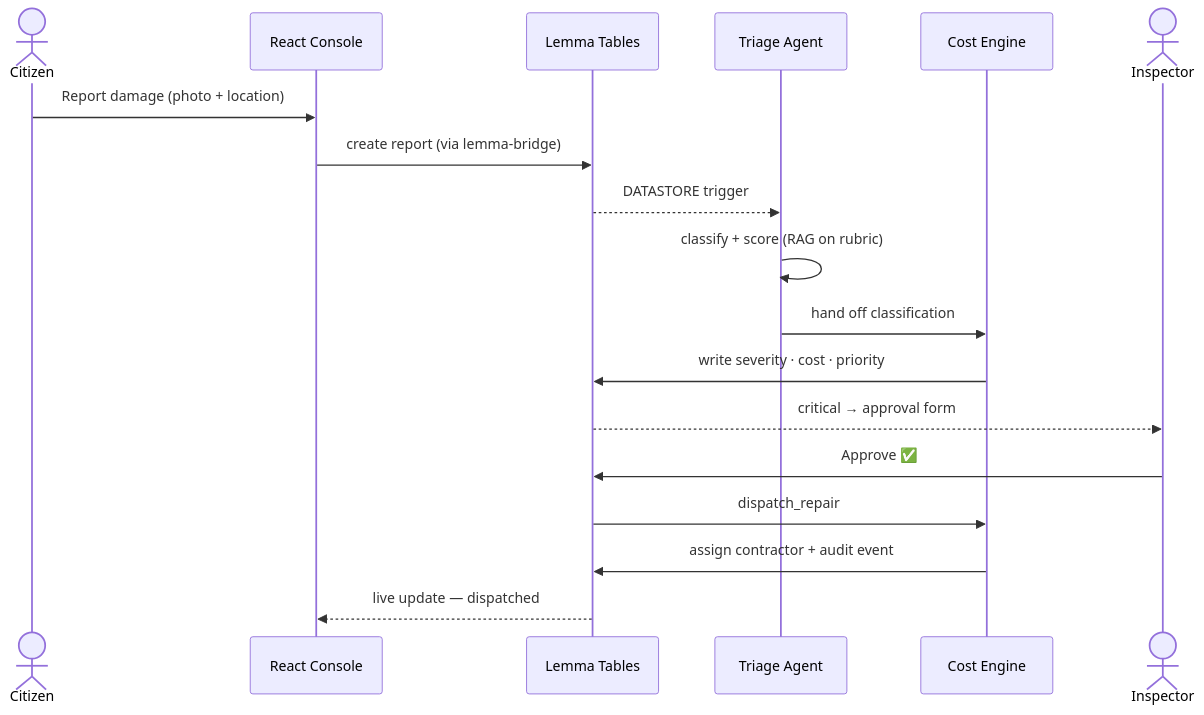
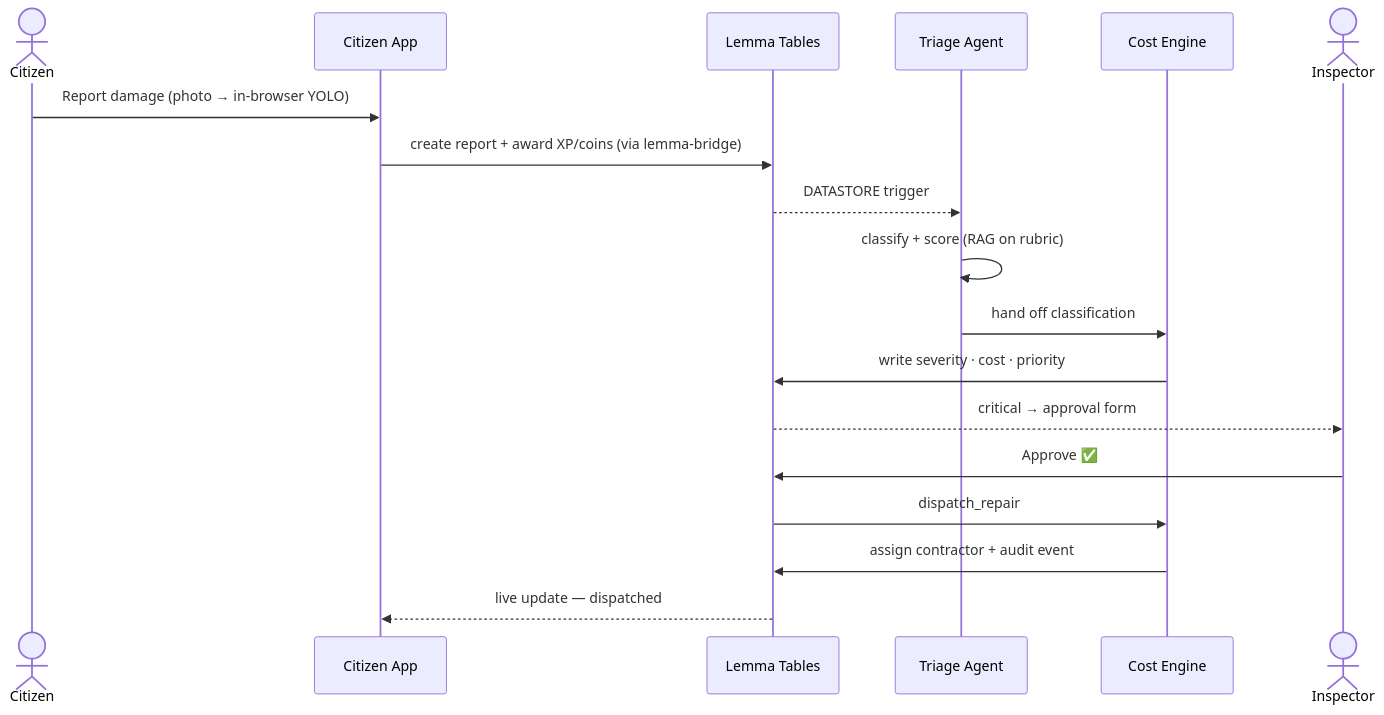
One commit to SaudSatopay/crackwatch-lemma changed the fourth of 4 diagrams in README.md. Above: the diagram before and after it, drawn with Mermaid. The commit also changed other lines of this file and 22 other files, not shown here.

First line of the commit message:
feat: add CrackWatch Citizen app on Lemma + gamification profiles table

````diff
--- a/README.md
+++ b/README.md
@@ -157,21 +179,21 @@
 ```mermaid
 sequenceDiagram
     actor Citizen
-    participant UI as React Console
+    participant UI as Citizen App
     participant DB as Lemma Tables
     participant AG as Triage Agent
     participant FN as Cost Engine
     actor Inspector
 
-    Citizen->>UI: Report damage (photo + location)
-    UI->>DB: create report  (via lemma-bridge)
+    Citizen->>UI: Report damage (photo → in-browser YOLO)
+    UI->>DB: create report + award XP/coins  (via lemma-bridge)
     DB-->>AG: DATASTORE trigger
     AG->>AG: classify + score (RAG on rubric)
     AG->>FN: hand off classification
     FN->>DB: write severity · cost · priority
     DB-->>Inspector: critical → approval form
     Inspector->>DB: Approve ✅
     DB->>FN: dispatch_repair
     FN->>DB: assign contractor + audit event
     DB-->>UI: live update — dispatched
 ```
````
